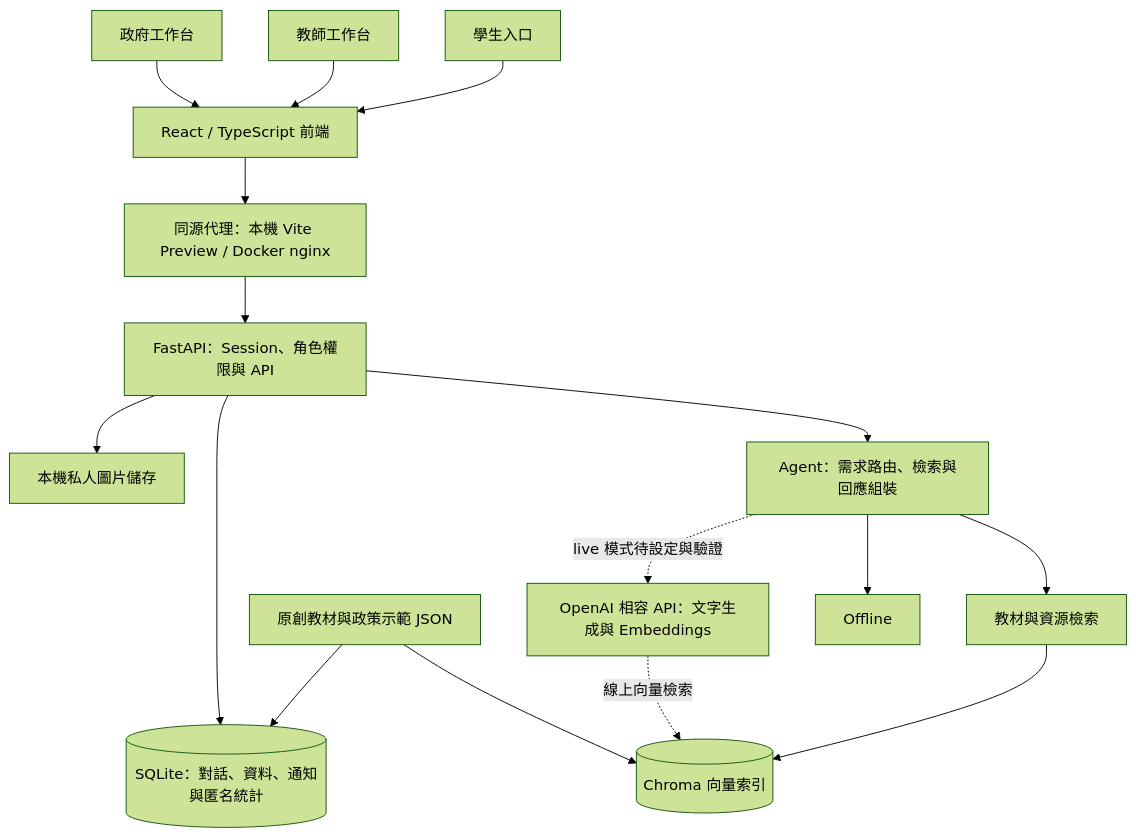
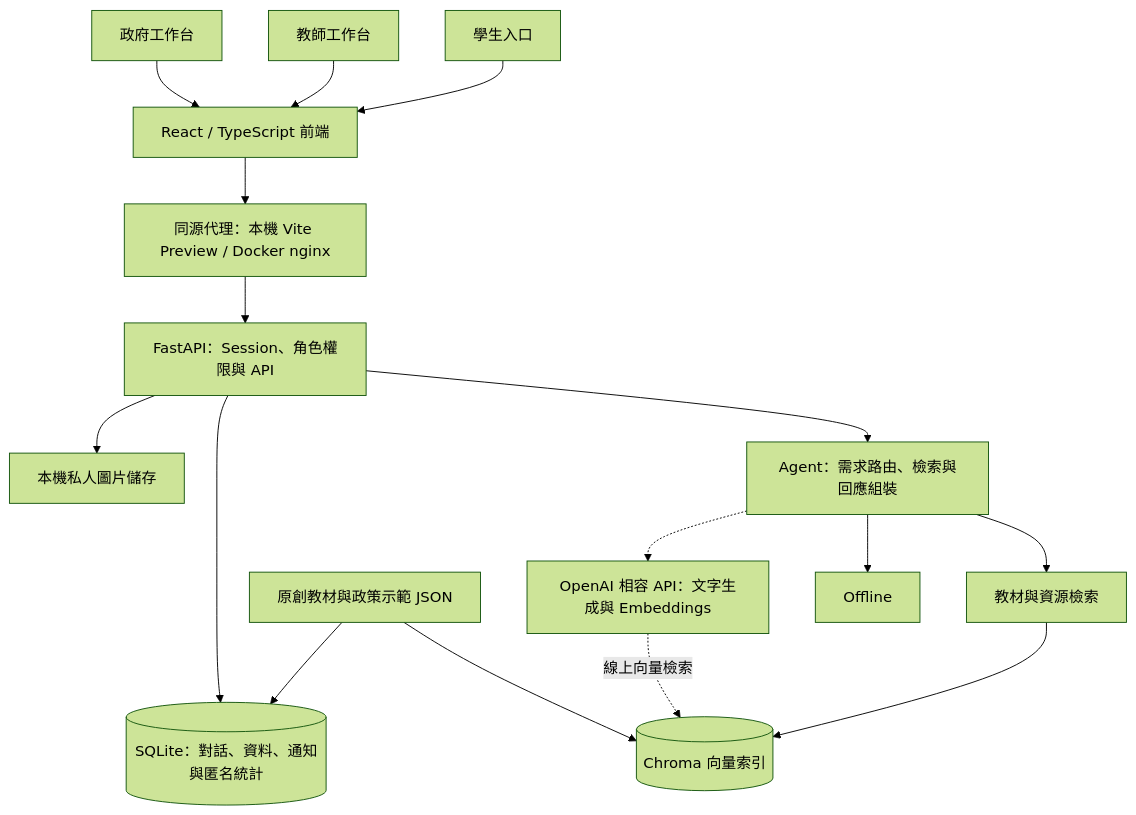
Before and after one commit to Jo-Leo-35/Fellow: the diagram in README.md, drawn with Mermaid (forest theme). The commit also changed other lines of this file, not shown here.

Commit message:
Revise agent provider and local entry point details
Updated README to clarify agent configuration and local access URLs.

````diff
--- a/README.md
+++ b/README.md
@@ -51,18 +51,18 @@
 ```mermaid
 flowchart TD
     Student[學生入口] --> Web[React / TypeScript 前端]
     Teacher[教師工作台] --> Web
     Government[政府工作台] --> Web
     Web --> Proxy[同源代理：本機 Vite Preview / Docker nginx]
     Proxy --> API[FastAPI：Session、角色權限與 API]
     API --> Agent[Agent：需求路由、檢索與回應組裝]
     API --> DB[(SQLite：對話、資料、通知與匿名統計)]
     API --> Files[本機私人圖片儲存]
     Agent --> RAG[教材與資源檢索]
     RAG --> Chroma[(Chroma 向量索引)]
     Catalog[原創教材與政策示範 JSON] --> Chroma
     Catalog --> DB
     Agent --> Offline
-    Agent -. live 模式待設定與驗證 .-> Provider[OpenAI 相容 API：文字生成與 Embeddings]
+    Agent .-> Provider[OpenAI 相容 API：文字生成與 Embeddings]
     Provider -. 線上向量檢索 .-> Chroma
 ```
````
